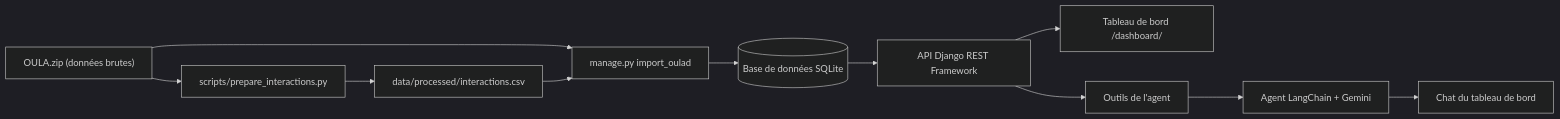
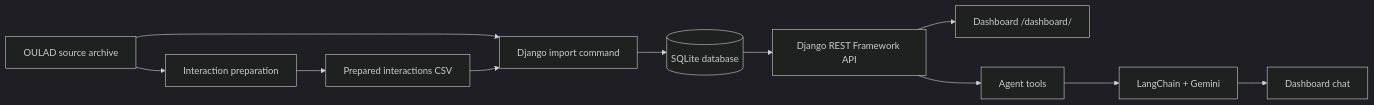
One commit to RosAI-27/OULA-DjangoProject changed the diagram in README.md. Above: the diagram before and after it, drawn with Mermaid (dark theme). The commit also changed other lines of this file, not shown here.

````diff
--- a/README.md
+++ b/README.md
@@ -42,13 +34,13 @@
 ```mermaid
 flowchart LR
-  ZIP["OULA.zip (données brutes)"] --> PREP["scripts/prepare_interactions.py"]
-  PREP --> CSV["data/processed/interactions.csv"]
-  ZIP --> IMPORT["manage.py import_oulad"]
+  ZIP["OULAD source archive"] --> PREP["Interaction preparation"]
+  PREP --> CSV["Prepared interactions CSV"]
+  ZIP --> IMPORT["Django import command"]
   CSV --> IMPORT
-  IMPORT --> DB[("Base de données SQLite")]
-  DB --> API["API Django REST Framework"]
-  API --> DASH["Tableau de bord /dashboard/"]
-  API --> TOOLS["Outils de l'agent"]
-  TOOLS --> AGENT["Agent LangChain + Gemini"]
-  AGENT --> CHAT["Chat du tableau de bord"]
+  IMPORT --> DB[("SQLite database")]
+  DB --> API["Django REST Framework API"]
+  API --> DASH["Dashboard /dashboard/"]
+  API --> TOOLS["Agent tools"]
+  TOOLS --> AGENT["LangChain + Gemini"]
+  AGENT --> CHAT["Dashboard chat"]
 ```
````
